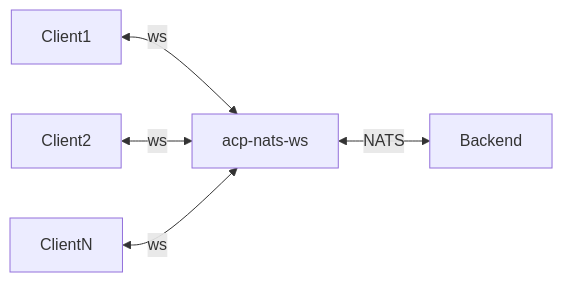
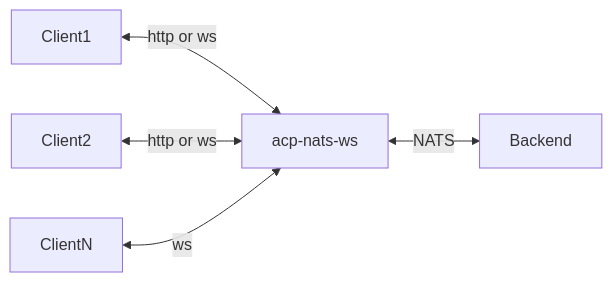
The diagram in rsworkspace/crates/acp-nats-ws/README.md (TrogonStack/trogonai), drawn with Mermaid before and after one commit. The commit also changed other lines of this file and 8 other files, not shown here.

Commit message:
feat(acp-nats-ws): unblock remote ACP clients

````diff
--- a/rsworkspace/crates/acp-nats-ws/README.md
+++ b/rsworkspace/crates/acp-nats-ws/README.md
@@ -7,7 +7,7 @@
 ```mermaid
 graph LR
-    A1[Client1] <-->|ws| B[acp-nats-ws]
-    A2[Client2] <-->|ws| B
+    A1[Client1] <-->|http or ws| B[acp-nats-ws]
+    A2[Client2] <-->|http or ws| B
     AN[ClientN] <-->|ws| B
     B <-->|NATS| C[Backend]
 ```
````
